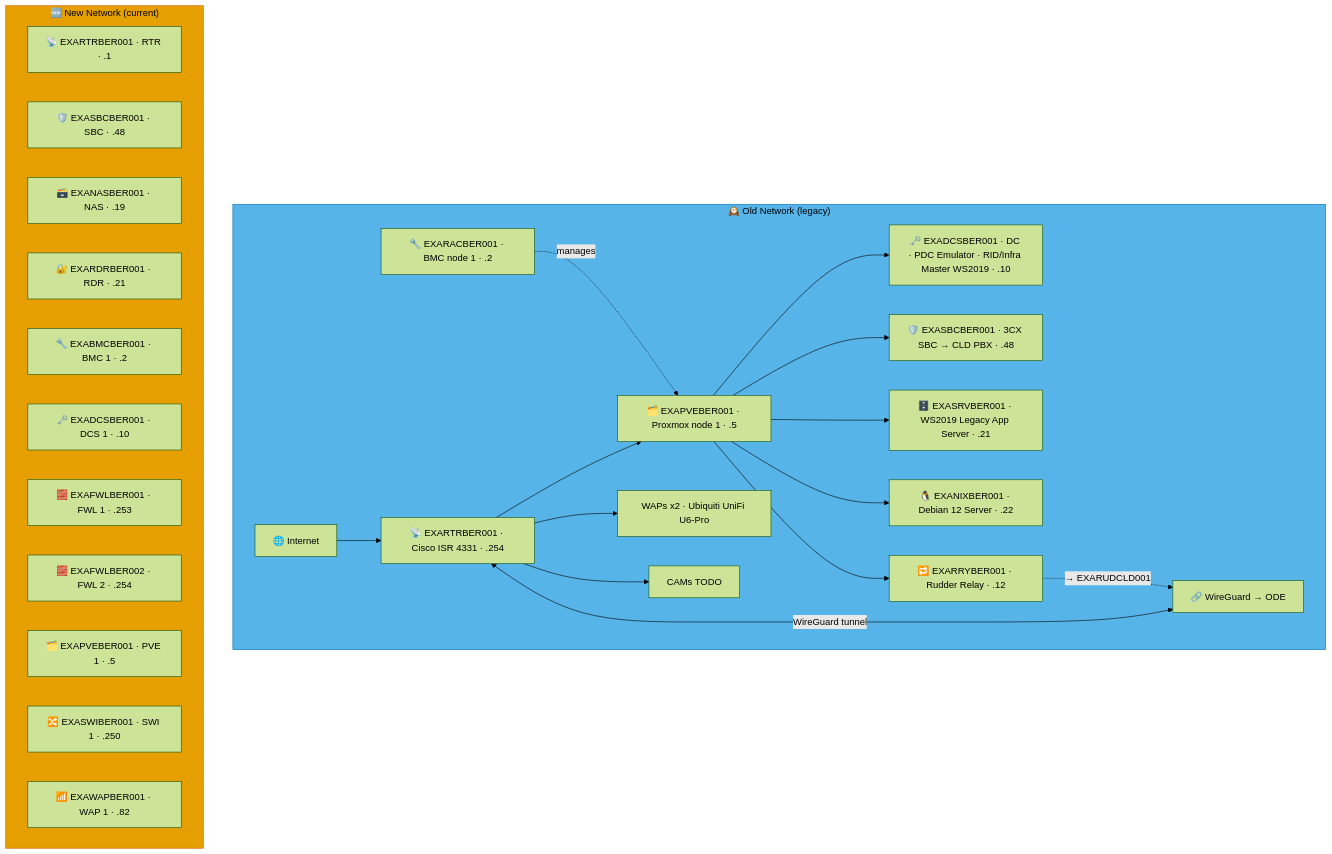
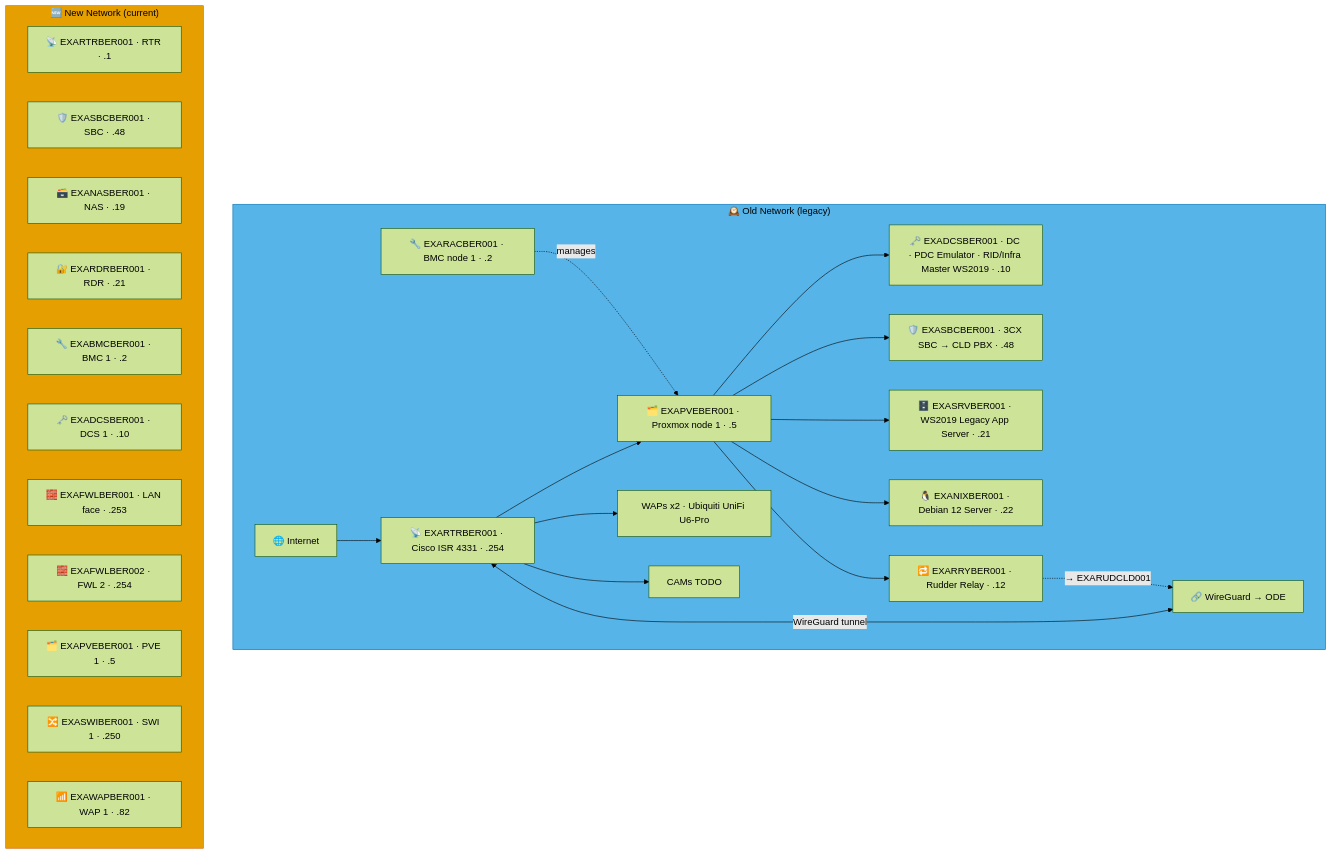
One commit to knightmare2600/example_music_infra changed the second of 5 diagrams in docs/network-diagram/deutschland.md. Above: the diagram before and after it, drawn with Mermaid (forest theme). The commit also changed other lines of this file and 17 other files, not shown here.

````diff
--- a/docs/network-diagram/deutschland.md
+++ b/docs/network-diagram/deutschland.md
@@ -81,42 +81,42 @@
 ```mermaid
 graph TD
     subgraph OLD_BER ["🕰️ Old Network (legacy)"]
       INET["🌐 Internet"]
       RTR["📡 EXARTRBER001 · Cisco ISR 4331 · .254"]
       RAC["🔧 EXARACBER001 · BMC node 1 · .2"]
       PVE["🗂️ EXAPVEBER001 · Proxmox node 1 · .5"]
       DC["🗝️ EXADCSBER001 · DC · PDC Emulator · RID/Infra Master WS2019 · .10"]
       SBC["🛡️ EXASBCBER001 · 3CX SBC → CLD PBX · .48"]
       RRY["🔁 EXARRYBER001 · Rudder Relay · .12"]
       SRV["🗄️ EXASRVBER001 · WS2019 Legacy App Server · .21"]
       NIX["🐧 EXANIXBER001 · Debian 12 Server · .22"]
       WAP["WAPs x2 · Ubiquiti UniFi U6-Pro"]
       CAM["CAMs TODO"]
       VPN["🔗 WireGuard → ODE"]
 
       INET --> RTR --> PVE --> DC & SBC & SRV & NIX
       RAC -.->|"manages"| PVE
       RTR --> WAP & CAM
       RTR <-->|"WireGuard tunnel"| VPN
 
       PVE --> RRY
       RRY -. "→ EXARUDCLD001" .-> VPN
     end
     style OLD_BER fill:#56B4E9,stroke:#0072B2,color:#000000
     %% GENERATED:NEW-NETWORK:BER:START
     subgraph NEW_BER ["🆕 New Network (current)"]
       N_RTR["📡 EXARTRBER001 · RTR · .1"]
       N_SBC["🛡️ EXASBCBER001 · SBC · .48"]
       N_NAS["🗃️ EXANASBER001 · NAS · .19"]
       N_RDR["🔐 EXARDRBER001 · RDR · .21"]
       N_BMC["🔧 EXABMCBER001 · BMC 1 · .2"]
       N_DCS["🗝️ EXADCSBER001 · DCS 1 · .10"]
-      N_FWL["🧱 EXAFWLBER001 · FWL 1 · .253"]
+      N_FWL["🧱 EXAFWLBER001 · LAN face · .253"]
       N_FWL2["🧱 EXAFWLBER002 · FWL 2 · .254"]
       N_PVE["🗂️ EXAPVEBER001 · PVE 1 · .5"]
       N_SWI["🔀 EXASWIBER001 · SWI 1 · .250"]
       N_WAP["📶 EXAWAPBER001 · WAP 1 · .82"]
     end
     style NEW_BER fill:#E69F00,stroke:#D55E00,color:#000000
     %% GENERATED:NEW-NETWORK:BER:END
 ```
````
